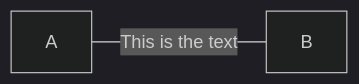
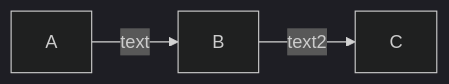
The second of 2 diagrams in docs/diagrams-and-syntax-and-examples/flowchart.md (mermaid-js/mermaid), drawn with Mermaid (dark theme) before and after one commit. The commit also changed other lines of this file and 380 other files, not shown here.

````diff
--- a/docs/diagrams-and-syntax-and-examples/flowchart.md
+++ b/docs/diagrams-and-syntax-and-examples/flowchart.md
@@ -255,4 +489,5 @@
-```mermaid
+```mmd
 graph LR
-    A-- This is the text ---B
+%% this is a comment A -- text --> B{node}
+   A -- text --> B -- text2 --> C
 ```
````
